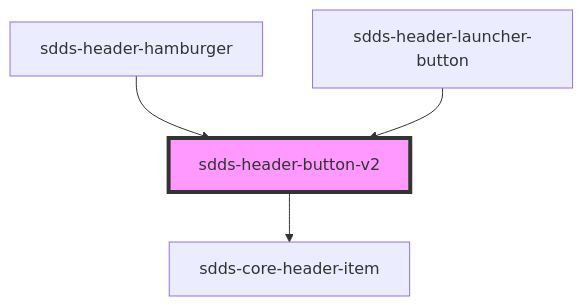
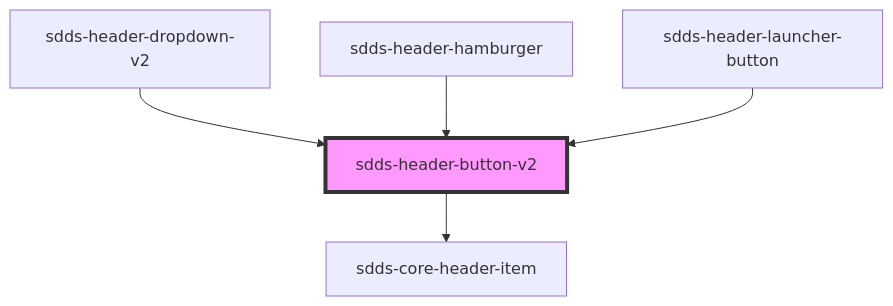
The diagram in tegel/src/components/header/webcomponent-v2/header-button-alt/readme.md (scania-digital-design-system/sdds), drawn with Mermaid before and after one commit. The commit also changed other lines of this file and 34 other files, not shown here.

Commit message:
feat(header): dropdown, small and large submenus, user

````diff
--- a/tegel/src/components/header/webcomponent-v2/header-button-alt/readme.md
+++ b/tegel/src/components/header/webcomponent-v2/header-button-alt/readme.md
@@ -27,7 +28,8 @@
 ```mermaid
 graph TD;
   sdds-header-button-v2 --> sdds-core-header-item
+  sdds-header-dropdown-v2 --> sdds-header-button-v2
   sdds-header-hamburger --> sdds-header-button-v2
   sdds-header-launcher-button --> sdds-header-button-v2
   style sdds-header-button-v2 fill:#f9f,stroke:#333,stroke-width:4px
 ```
````
